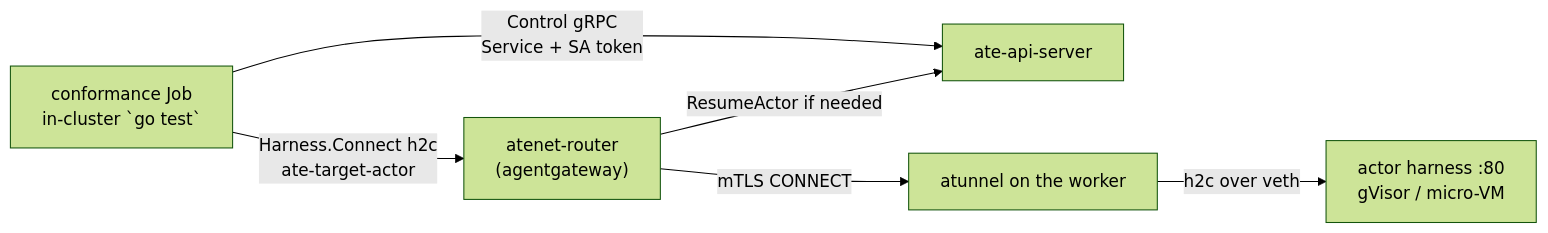
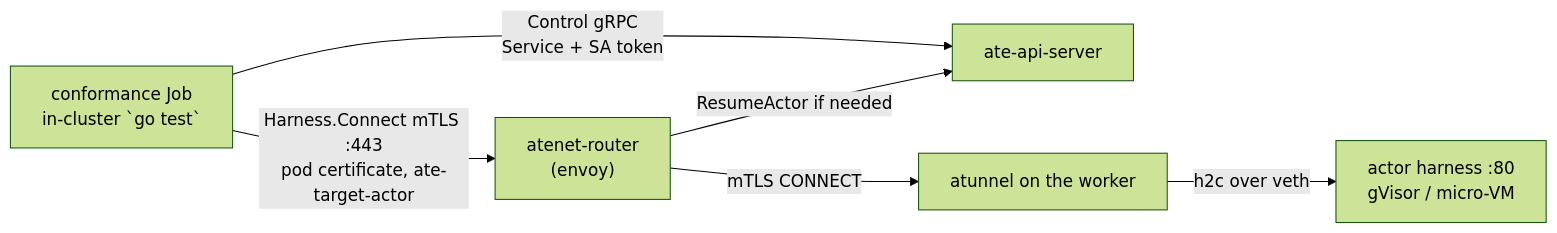
One commit to agent-primitives/sessions changed the diagram in docs/substrate-conformance.md. Above: the diagram before and after it, drawn with Mermaid (forest theme). The commit also changed other lines of this file and 6 other files, not shown here.

Commit message:
docs(substrate): document the mTLS router client in place of the plaintext router path

````diff
--- a/docs/substrate-conformance.md
+++ b/docs/substrate-conformance.md
@@ -1051,22 +1070,22 @@
 ```mermaid
 flowchart LR
   accTitle: Conformance traffic on agent-substrate
   accDescr {
     The in-cluster conformance Job calls ate-api-server over Control gRPC with a service-account
-    token, and opens Harness.Connect over h2c to atenet-router (agentgateway), addressed by
-    ate-target-actor. The router resumes the actor through ate-api-server if needed, then tunnels
+    token, and opens Harness.Connect over mTLS to atenet-router with its pod certificate, addressed
+    by ate-target-actor. The router resumes the actor through ate-api-server if needed, then tunnels
     over mTLS CONNECT to atunnel on the worker, which reaches the actor harness on port 80 over h2c
     on a veth pair.
   }
   job["conformance Job<br/>in-cluster `go test`"]
   api["ate-api-server"]
-  router["atenet-router<br/>(agentgateway)"]
+  router["atenet-router<br/>(envoy)"]
   tunnel["atunnel on the worker"]
   actor["actor harness :80<br/>gVisor / micro-VM"]
 
   job -->|"Control gRPC<br/>Service + SA token"| api
-  job -->|"Harness.Connect h2c<br/>ate-target-actor"| router
+  job -->|"Harness.Connect mTLS :443<br/>pod certificate, ate-target-actor"| router
   router -->|"ResumeActor if needed"| api
   router -->|"mTLS CONNECT"| tunnel
   tunnel -->|"h2c over veth"| actor
 ```
````
